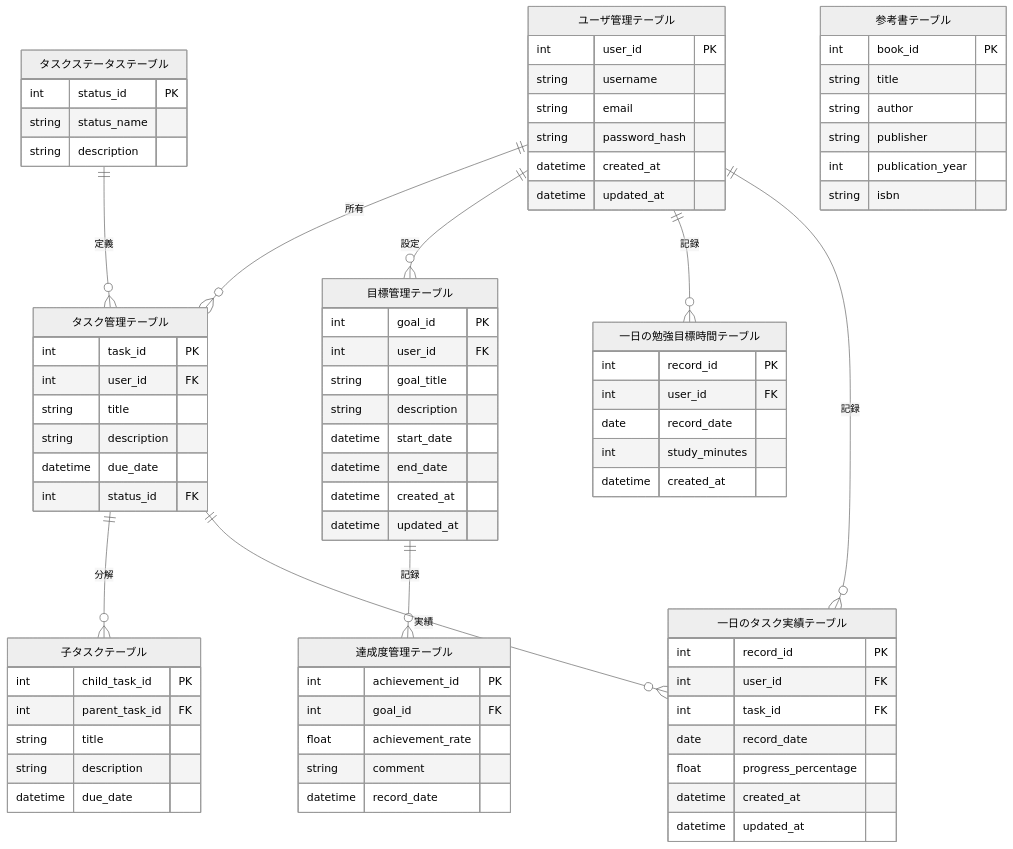
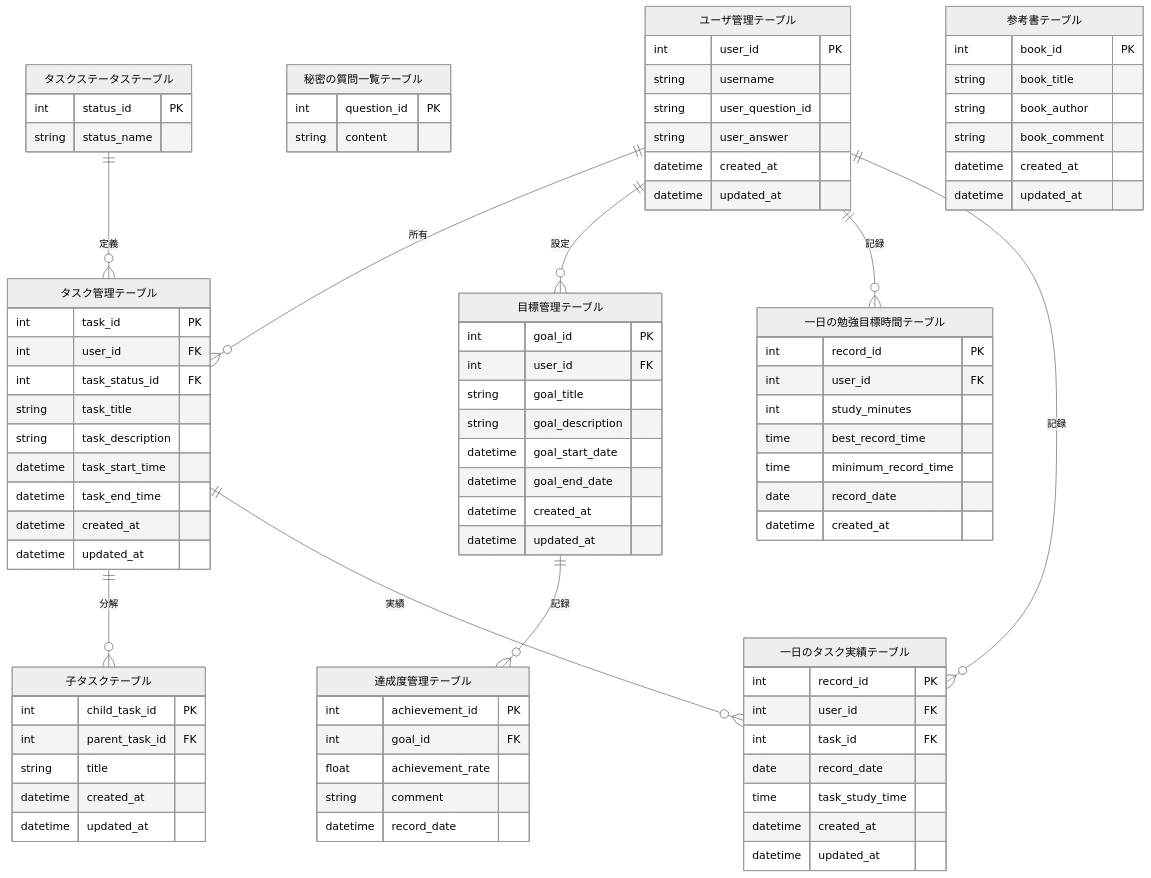
One commit to taka727/study_habit_management_app changed the diagram in database/marmaid.md. Above: the diagram before and after it, drawn with Mermaid (neutral theme).

Commit message:
項目名を手ぶる定義書の内容にする

```diff
--- a/database/marmaid.md
+++ b/database/marmaid.md
@@ -4,27 +4,35 @@
         ユーザ管理テーブル {
         int user_id PK
         string username
-        string email
-        string password_hash
+        string user_question_id
+        string user_answer
         datetime created_at
         datetime updated_at
+        }
+
+        %% 秘密の質問一覧テーブル
+        秘密の質問一覧テーブル　{
+            int question_id PK
+            string content
         }
 
         %% タスク管理テーブル
         タスク管理テーブル {
         int task_id PK
         int user_id FK
-        string title
-        string description
-        datetime due_date
-        int status_id FK
+        int task_status_id FK
+        string task_title
+        string task_description
+        datetime task_start_time
+        datetime task_end_time
+        datetime created_at
+        datetime updated_at
         }
 
         %% タスクステータステーブル
         タスクステータステーブル {
         int status_id PK
         string status_name
-        string description
         }
 
         %% 子タスクテーブル
@@ -32,8 +40,8 @@
         int child_task_id PK
         int parent_task_id FK
         string title
-        string description
-        datetime due_date
+        datetime created_at
+        datetime updated_at
         }
 
         %% 目標管理テーブル
@@ -41,16 +49,16 @@
         int goal_id PK
         int user_id FK
         string goal_title
-        string description
-        datetime start_date
-        datetime end_date
+        string goal_description
+        datetime goal_start_date
+        datetime goal_end_date
         datetime created_at
         datetime updated_at
         }
 
         %% 達成度管理テーブル
         達成度管理テーブル {
-        int achievement_id PK
+        int achievement_id PK 
         int goal_id FK
         float achievement_rate
         string comment
@@ -61,19 +69,21 @@
         一日の勉強目標時間テーブル {
         int record_id PK
         int user_id FK
+        int study_minutes
+        time best_record_time
+        time minimum_record_time
         date record_date
-        int study_minutes
         datetime created_at
         }
 
         %% 参考書テーブル
         参考書テーブル {
         int book_id PK
-        string title
-        string author
-        string publisher
-        int publication_year
-        string isbn
+        string book_title
+        string book_author
+        string book_comment
+        datetime created_at
+        datetime updated_at
         }
 
         %% 一日のタスク実績テーブル
@@ -82,7 +92,7 @@
         int user_id FK
         int task_id FK
         date record_date
-        float progress_percentage
+        time task_study_time
         datetime created_at
         datetime updated_at
         }
```
